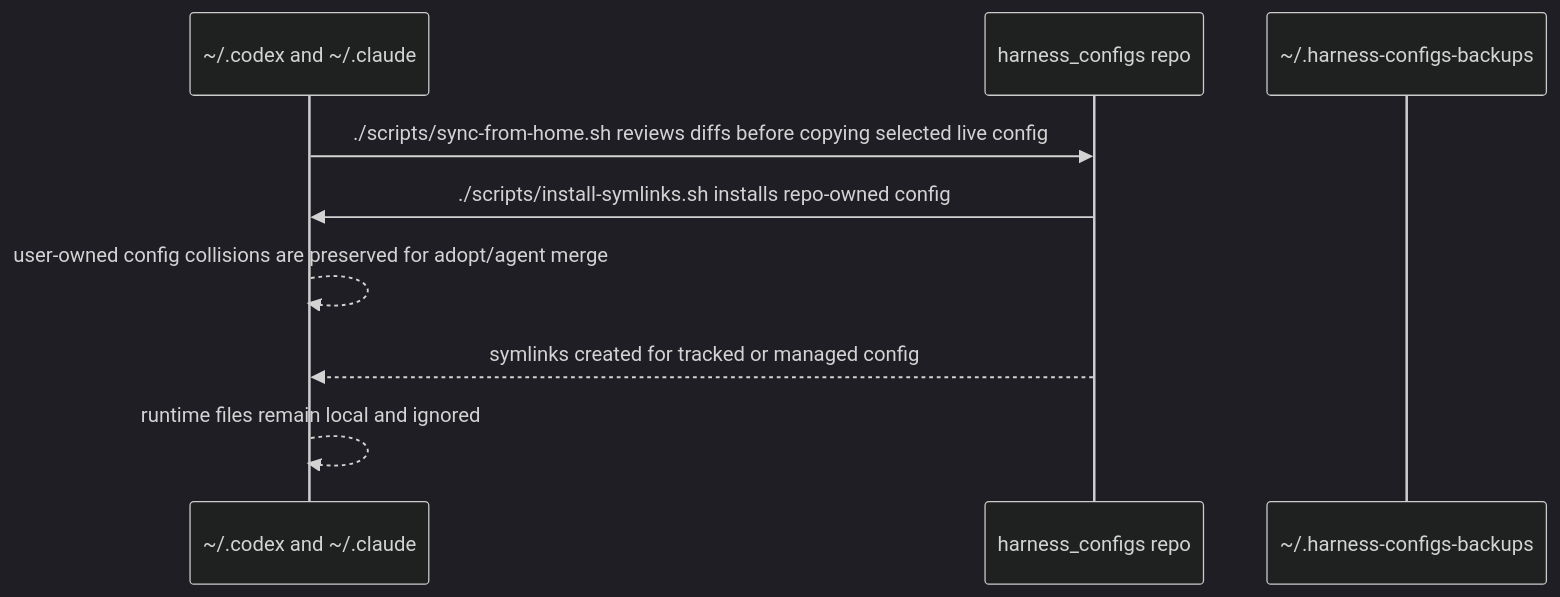
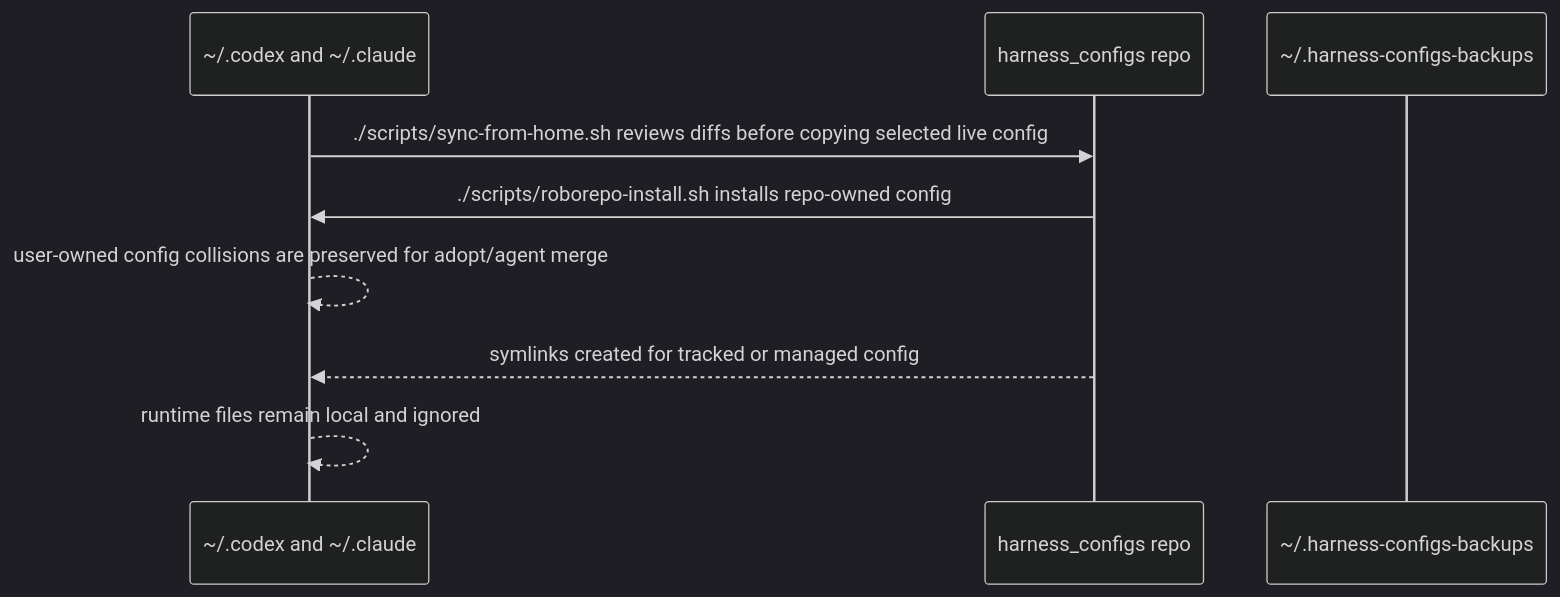
Before and after one commit to kirinmurphy/agent_harness_configs: the second of 2 diagrams in docs/reference/services/architecture.md, drawn with Mermaid (dark theme). The commit also changed other lines of this file and 13 other files, not shown here.

````diff
--- a/docs/reference/services/architecture.md
+++ b/docs/reference/services/architecture.md
@@ -189,12 +190,12 @@
 ```mermaid
 sequenceDiagram
   participant Home as ~/.codex and ~/.claude
   participant Repo as harness_configs repo
   participant Backup as ~/.harness-configs-backups
 
   Home->>Repo: ./scripts/sync-from-home.sh reviews diffs before copying selected live config
-  Repo->>Home: ./scripts/install-symlinks.sh installs repo-owned config
+  Repo->>Home: ./scripts/roborepo-install.sh installs repo-owned config
   Home-->>Home: user-owned config collisions are preserved for adopt/agent merge
   Repo-->>Home: symlinks created for tracked or managed config
   Home-->>Home: runtime files remain local and ignored
 ```
````
